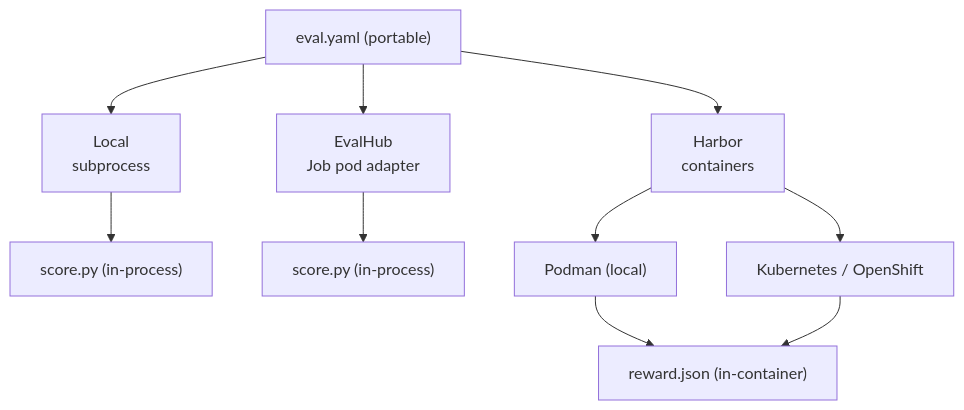
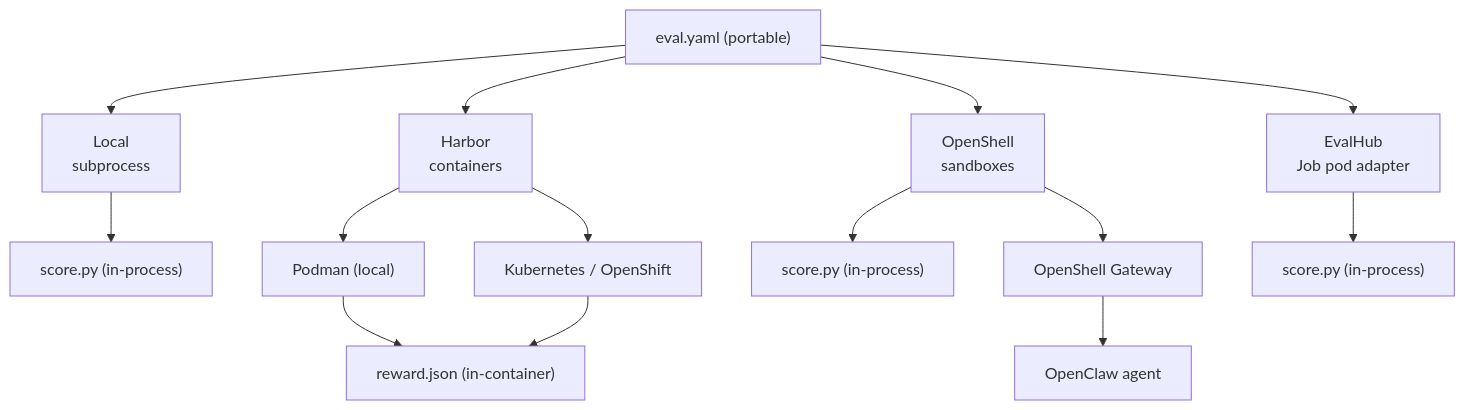
The diagram in website/concepts/backends.md (GuyZivRH/agent-eval-harness), drawn with Mermaid before and after one commit. The commit also changed other lines of this file and 8 other files, not shown here.

First line of the commit message:
fix(openshell): address review feedback for OpenShell backend

````diff
--- a/website/concepts/backends.md
+++ b/website/concepts/backends.md
@@ -22,12 +23,16 @@
 ```mermaid
 flowchart TD
     Y["eval.yaml (portable)"] --> L["Local\nsubprocess"]
     Y --> H["Harbor\ncontainers"]
+    Y --> O["OpenShell\nsandboxes"]
     Y --> E["EvalHub\nJob pod adapter"]
     L --> LS["score.py (in-process)"]
     E --> ES["score.py (in-process)"]
+    O --> OS["score.py (in-process)"]
     H --> HP["Podman (local)"]
     H --> HK["Kubernetes / OpenShift"]
+    O --> OG["OpenShell Gateway"]
     HP --> RB["reward.json (in-container)"]
     HK --> RB
+    OG --> OC["OpenClaw agent"]
 ```
````
